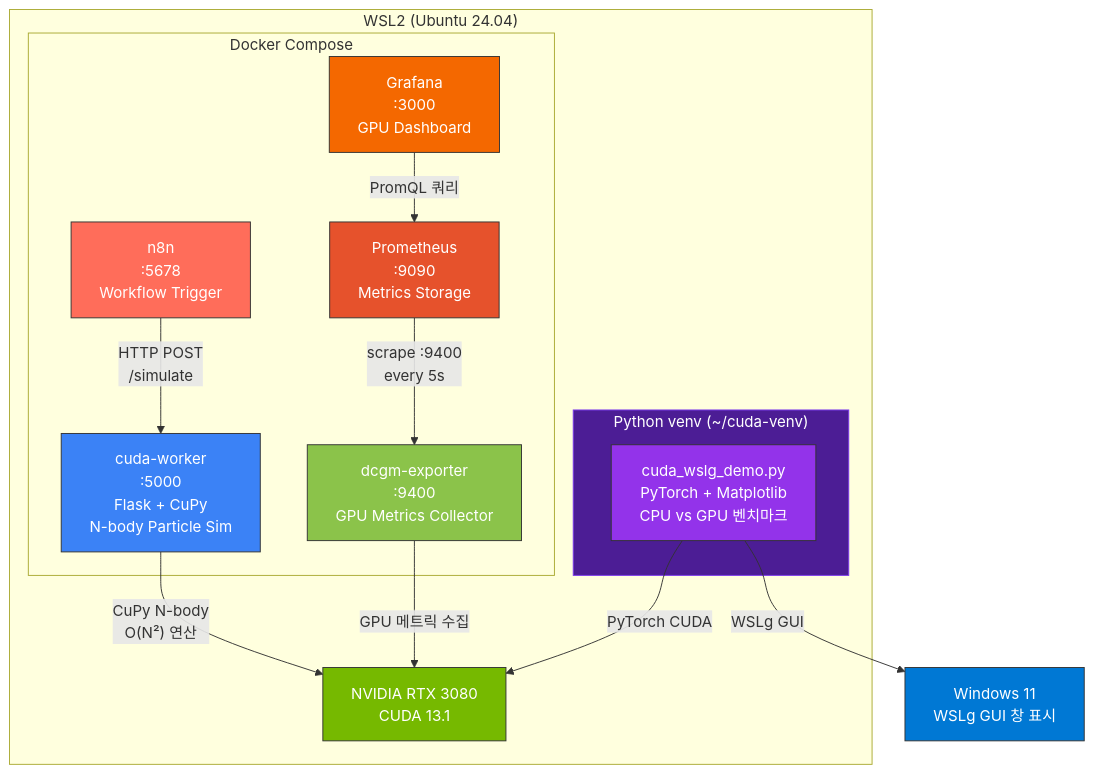
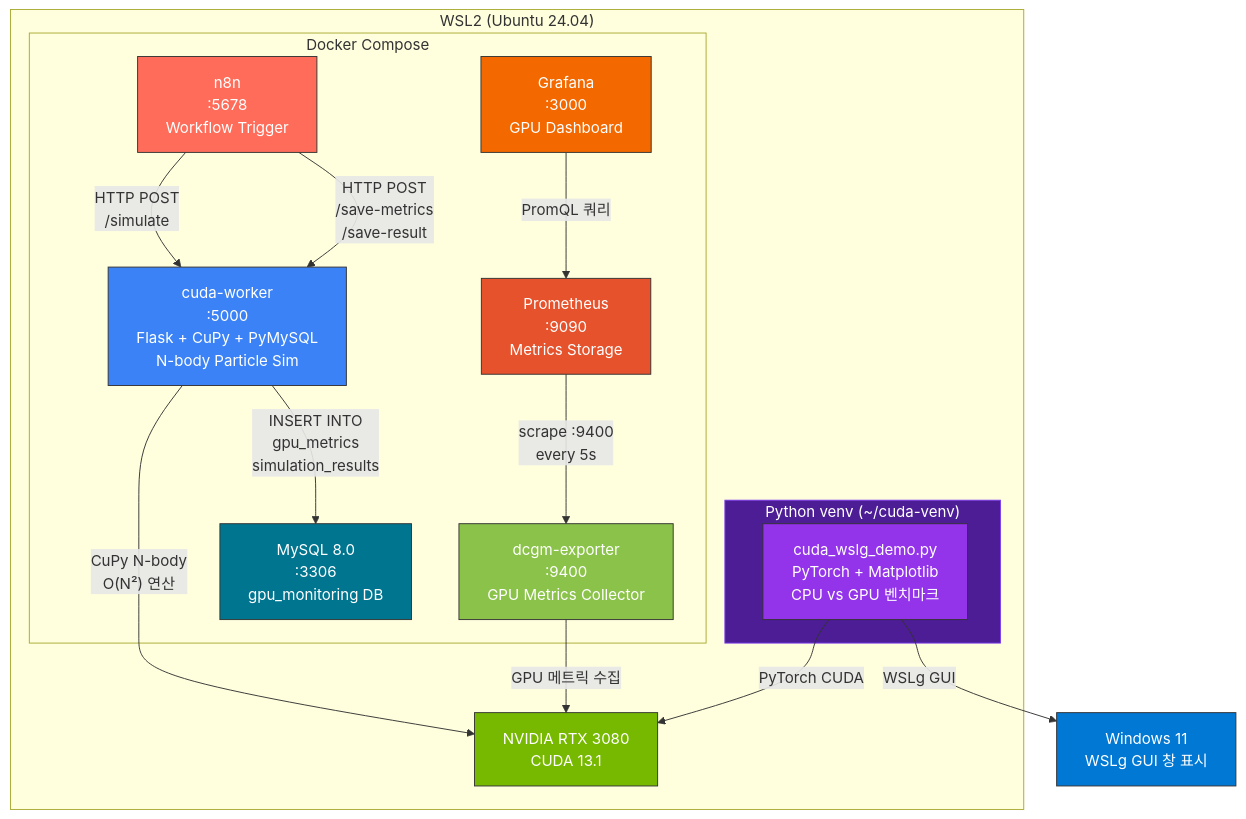
Before and after one commit to kuro-0211/cuda-docker-with-n8n: the first of 5 diagrams in README.md, drawn with Mermaid. The commit also changed other lines of this file and 11 other files, not shown here.

Commit message:
feat: MySQL 메트릭 저장, 시뮬레이션 종료 API, 워크플로우 업데이트

````diff
--- a/README.md
+++ b/README.md
@@ -22,36 +22,40 @@
 ```mermaid
 flowchart TB
     subgraph WSL2["WSL2 (Ubuntu 24.04)"]
         subgraph Docker["Docker Compose"]
             n8n["n8n\n:5678\nWorkflow Trigger"]
-            worker["cuda-worker\n:5000\nFlask + CuPy\nN-body Particle Sim"]
+            worker["cuda-worker\n:5000\nFlask + CuPy + PyMySQL\nN-body Particle Sim"]
             dcgm["dcgm-exporter\n:9400\nGPU Metrics Collector"]
             prom["Prometheus\n:9090\nMetrics Storage"]
             grafana["Grafana\n:3000\nGPU Dashboard"]
+            mysql["MySQL 8.0\n:3306\ngpu_monitoring DB"]
         end
         subgraph Venv["Python venv (~/cuda-venv)"]
             wslg["cuda_wslg_demo.py\nPyTorch + Matplotlib\nCPU vs GPU 벤치마크"]
         end
         gpu["NVIDIA RTX 3080\nCUDA 13.1"]
     end
 
     win["Windows 11\nWSLg GUI 창 표시"]
 
     n8n -->|"HTTP POST\n/simulate"| worker
+    n8n -->|"HTTP POST\n/save-metrics\n/save-result"| worker
     worker -->|"CuPy N-body\nO(N²) 연산"| gpu
+    worker -->|"INSERT INTO\ngpu_metrics\nsimulation_results"| mysql
     dcgm -->|"GPU 메트릭 수집"| gpu
     prom -->|"scrape :9400\nevery 5s"| dcgm
     grafana -->|"PromQL 쿼리"| prom
     wslg -->|"PyTorch CUDA"| gpu
     wslg -->|"WSLg GUI"| win
 
     style gpu fill:#76b900,stroke:#333,color:#fff
     style n8n fill:#ff6d5a,stroke:#333,color:#fff
     style grafana fill:#f46800,stroke:#333,color:#fff
     style worker fill:#3b82f6,stroke:#333,color:#fff
     style prom fill:#e6522c,stroke:#333,color:#fff
     style dcgm fill:#8bc34a,stroke:#333,color:#fff
+    style mysql fill:#00758f,stroke:#333,color:#fff
     style wslg fill:#9333ea,stroke:#333,color:#fff
     style win fill:#0078d4,stroke:#333,color:#fff
     style Venv fill:#4c1d95,stroke:#7c3aed,color:#fff
 ```
````
